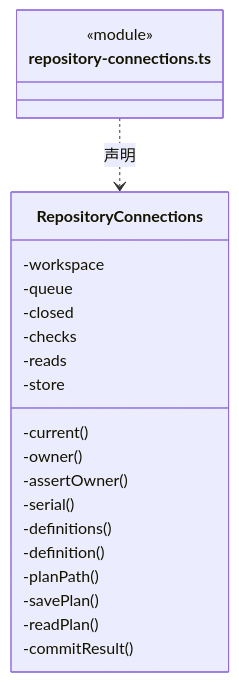
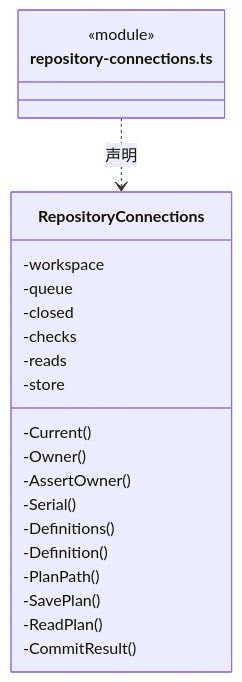
One commit to nan023062/cbim changed the third of 5 diagrams in src/logic/connectors/service/ARCHITECTURE.md. Above: the diagram before and after it, drawn with Mermaid. The commit also changed other lines of this file and 1035 other files, not shown here.

````diff
--- a/src/logic/connectors/service/ARCHITECTURE.md
+++ b/src/logic/connectors/service/ARCHITECTURE.md
@@ -107,25 +107,25 @@
 ```mermaid
 classDiagram
 class N_src_logic_connectors_service_repository_connections_ts["repository-connections.ts"] {
   <<module>>
 }
 class N_src_logic_connectors_service_repository_connections_ts_RepositoryConnections["RepositoryConnections"] {
   -workspace
   -queue
   -closed
   -checks
   -reads
   -store
-  -current()
-  -owner()
-  -assertOwner()
-  -serial()
-  -definitions()
-  -definition()
-  -planPath()
-  -savePlan()
-  -readPlan()
-  -commitResult()
+  -Current()
+  -Owner()
+  -AssertOwner()
+  -Serial()
+  -Definitions()
+  -Definition()
+  -PlanPath()
+  -SavePlan()
+  -ReadPlan()
+  -CommitResult()
 }
 N_src_logic_connectors_service_repository_connections_ts ..> N_src_logic_connectors_service_repository_connections_ts_RepositoryConnections : 声明
 ```
````
